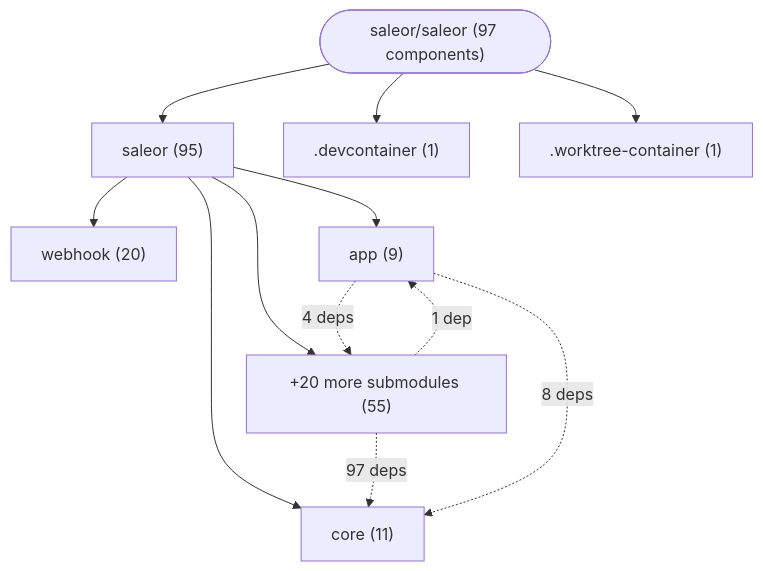
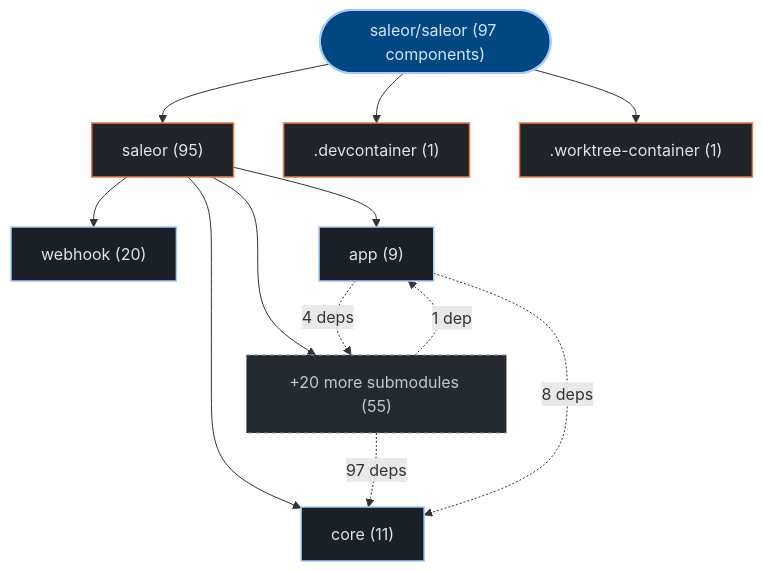
One commit to kumarshaz/atruss-code-atlas changed the first of 3 diagrams in exports/latest/reports/saleor-saleor-report.md. Above: the diagram before and after it, drawn with Mermaid. The commit also changed other lines of this file and 331 other files, not shown here.

Commit message:
docs,ui,fix: update SDLC docs, reorder CI/CD DAG first, stylize Mermaid, and fix Arc42 pipeline topology

````diff
--- a/exports/latest/reports/saleor-saleor-report.md
+++ b/exports/latest/reports/saleor-saleor-report.md
@@ -42,22 +42,29 @@
 ```mermaid
 graph TD;
-    repo_root(["saleor/saleor (97 components)"])
-    dir_0_saleor["saleor (95)"]
+  classDef atlasRoot fill:#004882,stroke:#a3c9ff,stroke-width:2px,color:#d3e4ff
+  classDef atlasCategory fill:#212428,stroke:#E87A48,stroke-width:1.5px,color:#dfe3eb
+  classDef atlasWorkflow fill:#1b2026,stroke:#a3c9ff,stroke-width:1.5px,color:#dfe3eb
+  classDef atlasJob fill:#171c22,stroke:#8d9199,stroke-width:1px,color:#dfe3eb
+  classDef atlasTarget fill:#005227,stroke:#8bd99b,stroke-width:1.5px,color:#a7f6b6
+  classDef atlasAlert fill:#93000a,stroke:#ffb4ab,stroke-width:1.5px,color:#ffdad6
+  classDef atlasMore fill:#252a31,stroke:#8d9199,stroke-dasharray:4 4,color:#c3c6cf
+    repo_root(["saleor/saleor (97 components)"]):::atlasRoot
+    dir_0_saleor["saleor (95)"]:::atlasCategory
     repo_root --> dir_0_saleor
-    sub_0_0_webhook["webhook (20)"]
+    sub_0_0_webhook["webhook (20)"]:::atlasWorkflow
     dir_0_saleor --> sub_0_0_webhook
-    sub_0_1_core["core (11)"]
+    sub_0_1_core["core (11)"]:::atlasWorkflow
     dir_0_saleor --> sub_0_1_core
-    sub_0_2_app["app (9)"]
+    sub_0_2_app["app (9)"]:::atlasWorkflow
     dir_0_saleor --> sub_0_2_app
-    sub_0_more["+20 more submodules (55)"]
+    sub_0_more["+20 more submodules (55)"]:::atlasMore
     dir_0_saleor --> sub_0_more
-    dir_1__devcontainer[".devcontainer (1)"]
+    dir_1__devcontainer[".devcontainer (1)"]:::atlasCategory
     repo_root --> dir_1__devcontainer
-    dir_2__worktree_container[".worktree-container (1)"]
+    dir_2__worktree_container[".worktree-container (1)"]:::atlasCategory
     repo_root --> dir_2__worktree_container
     sub_0_more -.->|"97 deps"| sub_0_1_core
     sub_0_2_app -.->|"8 deps"| sub_0_1_core
     sub_0_2_app -.->|"4 deps"| sub_0_more
     sub_0_more -.->|"1 dep"| sub_0_2_app
 ```
````
